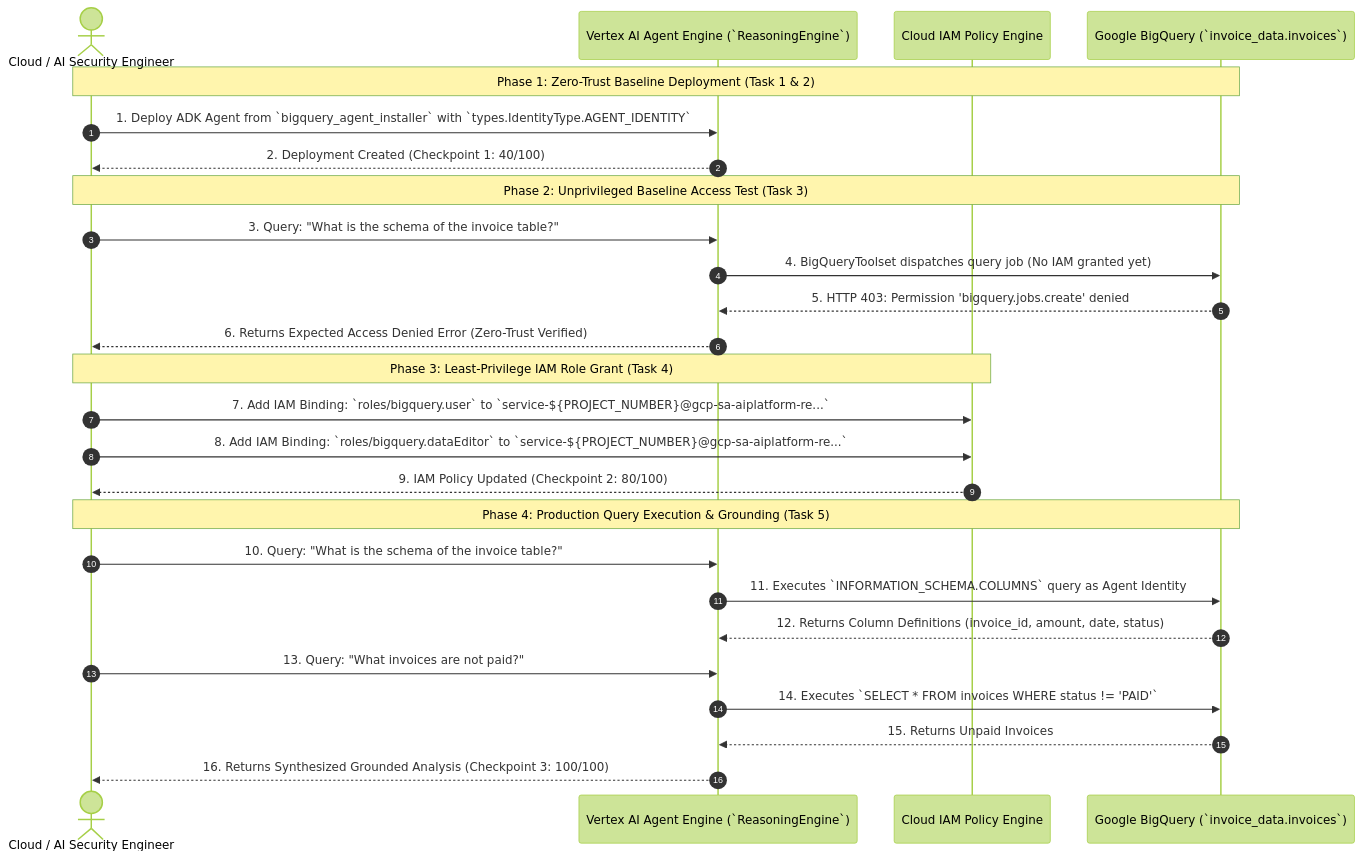
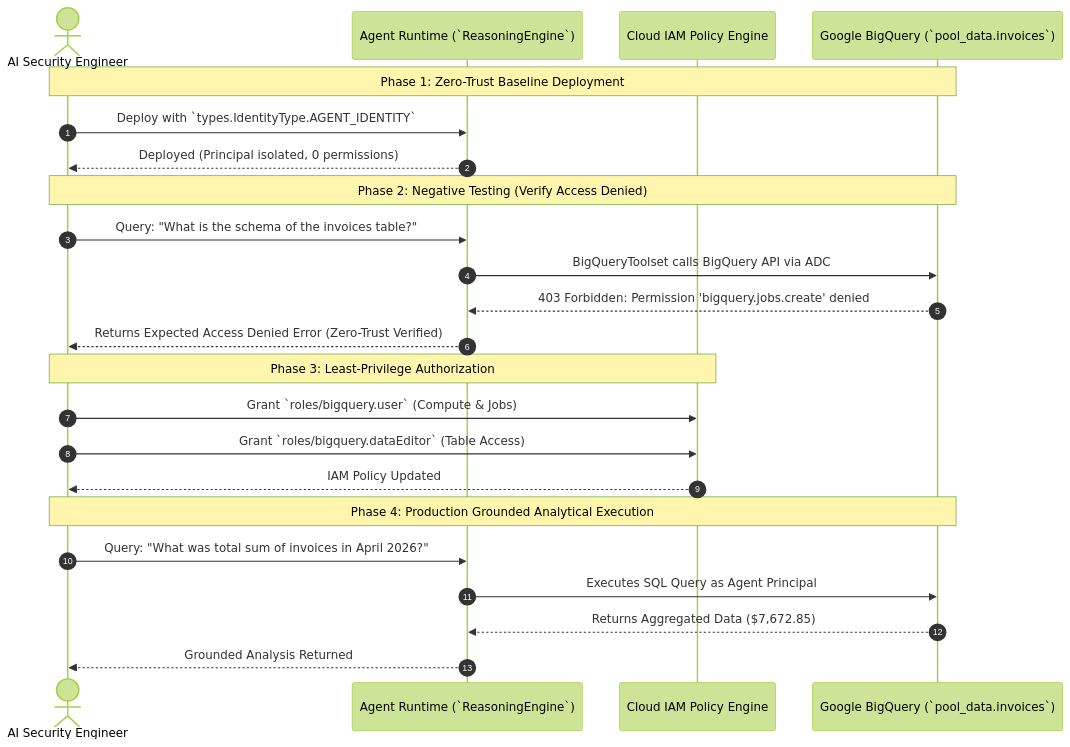
The diagram in takeaway-genai160-govern-agent-access-challenge-lab.md (junyish/genai160-Govern-Agent-Access-with-Gemini-Enterprise-Agent-Platform-Challenge-Lab), drawn with Mermaid (forest theme) before and after one commit. The commit also changed other lines of this file and 2 other files, not shown here.

Commit message:
docs: separate granular step-by-step instruction guide and high-level architectural takeaways

````diff
--- a/takeaway-genai160-govern-agent-access-challenge-lab.md
+++ b/takeaway-genai160-govern-agent-access-challenge-lab.md
@@ -24,32 +50,29 @@
 ```mermaid
 sequenceDiagram
     autonumber
-    actor Engineer as Cloud / AI Security Engineer
-    participant Engine as Vertex AI Agent Engine (`ReasoningEngine`)
+    actor Engineer as AI Security Engineer
+    participant Engine as Agent Runtime (`ReasoningEngine`)
     participant IAM as Cloud IAM Policy Engine
-    participant BigQuery as Google BigQuery (`invoice_data.invoices`)
+    participant BigQuery as Google BigQuery (`pool_data.invoices`)
 
-    Note over Engineer,BigQuery: Phase 1: Zero-Trust Baseline Deployment (Task 1 & 2)
-    Engineer->>Engine: 1. Deploy ADK Agent from `bigquery_agent_installer` with `types.IdentityType.AGENT_IDENTITY`
-    Engine-->>Engineer: 2. Deployment Created (Checkpoint 1: 40/100)
+    Note over Engineer,BigQuery: Phase 1: Zero-Trust Baseline Deployment
+    Engineer->>Engine: Deploy with `types.IdentityType.AGENT_IDENTITY`
+    Engine-->>Engineer: Deployed (Principal isolated, 0 permissions)
 
-    Note over Engineer,BigQuery: Phase 2: Unprivileged Baseline Access Test (Task 3)
-    Engineer->>Engine: 3. Query: "What is the schema of the invoice table?"
-    Engine->>BigQuery: 4. BigQueryToolset dispatches query job (No IAM granted yet)
-    BigQuery-->>Engine: 5. HTTP 403: Permission 'bigquery.jobs.create' denied
-    Engine-->>Engineer: 6. Returns Expected Access Denied Error (Zero-Trust Verified)
+    Note over Engineer,BigQuery: Phase 2: Negative Testing (Verify Access Denied)
+    Engineer->>Engine: Query: "What is the schema of the invoices table?"
+    Engine->>BigQuery: BigQueryToolset calls BigQuery API via ADC
+    BigQuery-->>Engine: 403 Forbidden: Permission 'bigquery.jobs.create' denied
+    Engine-->>Engineer: Returns Expected Access Denied Error (Zero-Trust Verified)
 
-    Note over Engineer,IAM: Phase 3: Least-Privilege IAM Role Grant (Task 4)
-    Engineer->>IAM: 7. Add IAM Binding: `roles/bigquery.user` to `service-${PROJECT_NUMBER}@gcp-sa-aiplatform-re...`
-    Engineer->>IAM: 8. Add IAM Binding: `roles/bigquery.dataEditor` to `service-${PROJECT_NUMBER}@gcp-sa-aiplatform-re...`
-    IAM-->>Engineer: 9. IAM Policy Updated (Checkpoint 2: 80/100)
+    Note over Engineer,IAM: Phase 3: Least-Privilege Authorization
+    Engineer->>IAM: Grant `roles/bigquery.user` (Compute & Jobs)
+    Engineer->>IAM: Grant `roles/bigquery.dataEditor` (Table Access)
+    IAM-->>Engineer: IAM Policy Updated
 
-    Note over Engineer,BigQuery: Phase 4: Production Query Execution & Grounding (Task 5)
-    Engineer->>Engine: 10. Query: "What is the schema of the invoice table?"
-    Engine->>BigQuery: 11. Executes `INFORMATION_SCHEMA.COLUMNS` query as Agent Identity
-    BigQuery-->>Engine: 12. Returns Column Definitions (invoice_id, amount, date, status)
-    Engineer->>Engine: 13. Query: "What invoices are not paid?"
-    Engine->>BigQuery: 14. Executes `SELECT * FROM invoices WHERE status != 'PAID'`
-    BigQuery-->>Engine: 15. Returns Unpaid Invoices
-    Engine-->>Engineer: 16. Returns Synthesized Grounded Analysis (Checkpoint 3: 100/100)
+    Note over Engineer,BigQuery: Phase 4: Production Grounded Analytical Execution
+    Engineer->>Engine: Query: "What was total sum of invoices in April 2026?"
+    Engine->>BigQuery: Executes SQL Query as Agent Principal
+    BigQuery-->>Engine: Returns Aggregated Data ($7,672.85)
+    Engine-->>Engineer: Grounded Analysis Returned
 ```
````
